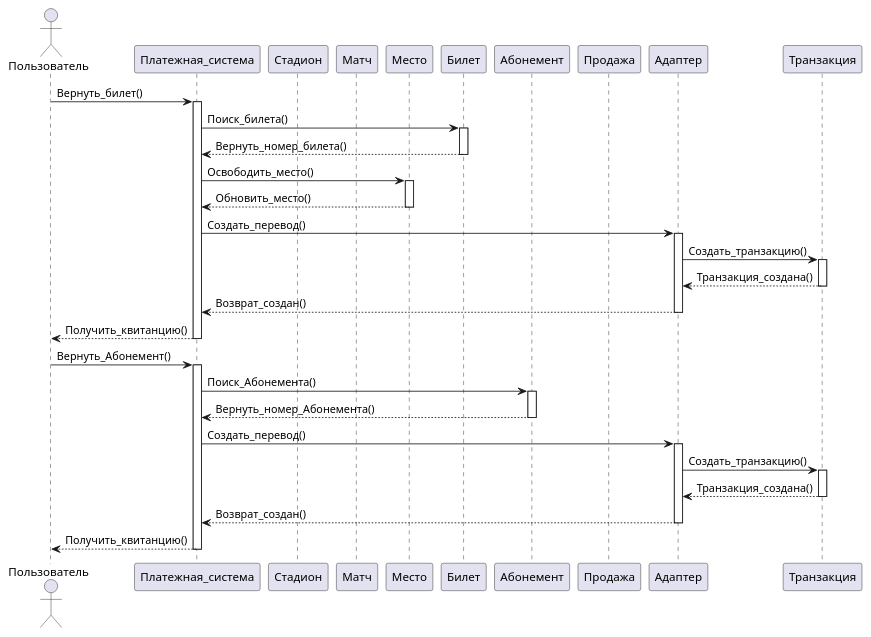
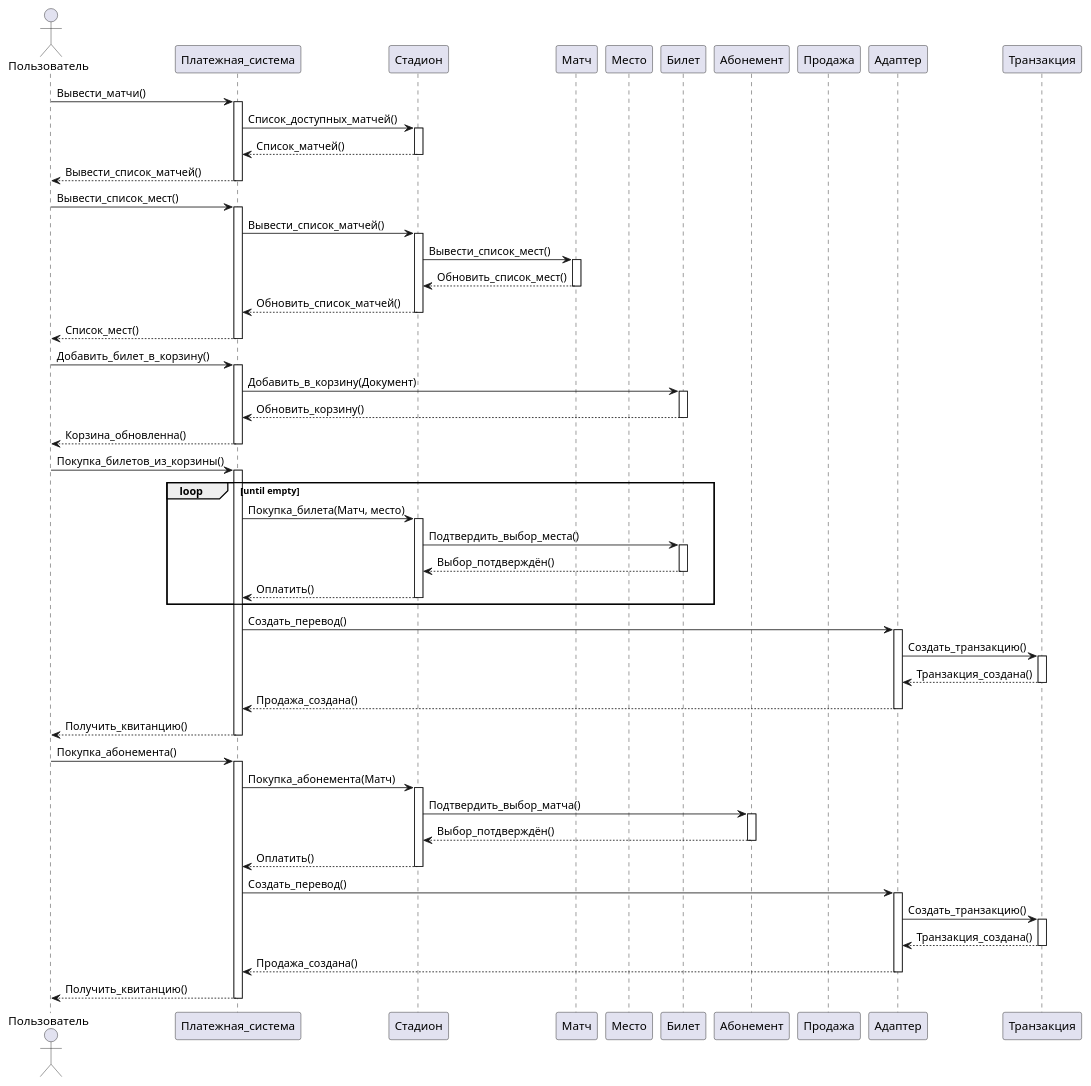
Before and after one commit to penamarth/bsbo-13-22_team3_var10: the diagram in Диаграмма последовательности.md, drawn with PlantUML.

Commit message:
Update Диаграмма последовательности.md

````diff
--- a/Диаграмма последовательности.md
+++ b/Диаграмма последовательности.md
@@ -1,5 +1,6 @@
 ```plantuml
 @startuml Диаграмма последовательности:
+
 actor Пользователь
 participant Платежная_система
 participant Стадион
@@ -11,45 +12,95 @@
 participant Адаптер
 participant Транзакция 
 
-Пользователь -> Платежная_система: Вернуть_билет()
+'Часть с Билетом, начало.
+Пользователь -> Платежная_система: Вывести_матчи()
 activate Платежная_система
-Платежная_система -> Билет: Поиск_билета()
+
+Платежная_система -> Стадион: Список_доступных_матчей()
+activate Стадион
+Стадион --> Платежная_система: Список_матчей()
+deactivate Стадион
+Платежная_система --> Пользователь: Вывести_список_матчей()
+deactivate Платежная_система
+
+
+
+Пользователь -> Платежная_система: Вывести_список_мест()
+activate Платежная_система
+Платежная_система -> Стадион: Вывести_список_матчей()
+activate Стадион
+Стадион -> Матч: Вывести_список_мест()
+activate Матч
+Матч --> Стадион: Обновить_список_мест()
+deactivate Матч
+Стадион --> Платежная_система: Обновить_список_матчей()
+deactivate Стадион
+Платежная_система --> Пользователь: Список_мест()
+deactivate Платежная_система
+
+Пользователь -> Платежная_система: Добавить_билет_в_корзину()
+activate Платежная_система
+Платежная_система -> Билет: Добавить_в_корзину(Документ)
 activate Билет
-Билет --> Платежная_система: Вернуть_номер_билета()
+Билет --> Платежная_система: Обновить_корзину()
 deactivate Билет
-Платежная_система -> Место: Освободить_место()
-activate Место
-Место --> Платежная_система: Обновить_место()
-deactivate Место
+Платежная_система --> Пользователь: Корзина_обновленна()
+deactivate Платежная_система
+
+Пользователь -> Платежная_система: Покупка_билетов_из_корзины()
+loop until empty
+    activate Платежная_система
+    Платежная_система -> Стадион: Покупка_билета(Матч, место)
+    activate Стадион
+    Стадион -> Билет: Подтвердить_выбор_места()
+    activate Билет
+    Билет --> Стадион: Выбор_потдверждён()
+    deactivate Билет
+    Стадион --> Платежная_система: Оплатить()
+    deactivate Стадион
+end
+
 Платежная_система -> Адаптер: Создать_перевод()
 activate Адаптер
 Адаптер -> Транзакция: Создать_транзакцию()
 activate Транзакция
 Транзакция --> Адаптер: Транзакция_создана()
 deactivate Транзакция
-Адаптер --> Платежная_система: Возврат_создан()
-deactivate Адаптер
+Адаптер --> Платежная_система: Продажа_создана()
+deactivate
+
 Платежная_система --> Пользователь: Получить_квитанцию()
 deactivate Платежная_система
 
-Пользователь -> Платежная_система: Вернуть_Абонемент()
+'Часть с Билетом, конец.
+'Часть с Абонементом, начало.
+
+Пользователь -> Платежная_система: Покупка_абонемента()
 activate Платежная_система
-Платежная_система -> Абонемент: Поиск_Абонемента()
+
+Платежная_система -> Стадион: Покупка_абонемента(Матч)
+activate Стадион
+Стадион -> Абонемент: Подтвердить_выбор_матча()
 activate Абонемент
-Абонемент --> Платежная_система: Вернуть_номер_Абонемента()
+Абонемент --> Стадион: Выбор_потдверждён()
 deactivate Абонемент
+Стадион --> Платежная_система: Оплатить()
+deactivate Стадион
+
 Платежная_система -> Адаптер: Создать_перевод()
 activate Адаптер
 Адаптер -> Транзакция: Создать_транзакцию()
 activate Транзакция
 Транзакция --> Адаптер: Транзакция_создана()
 deactivate Транзакция
-Адаптер --> Платежная_система: Возврат_создан()
+Адаптер --> Платежная_система: Продажа_создана()
 deactivate Адаптер
+
 Платежная_система --> Пользователь: Получить_квитанцию()
 deactivate Платежная_система
 
-
+'Часть с Абонементом, конец.
 
 @enduml
+
 ```
````
